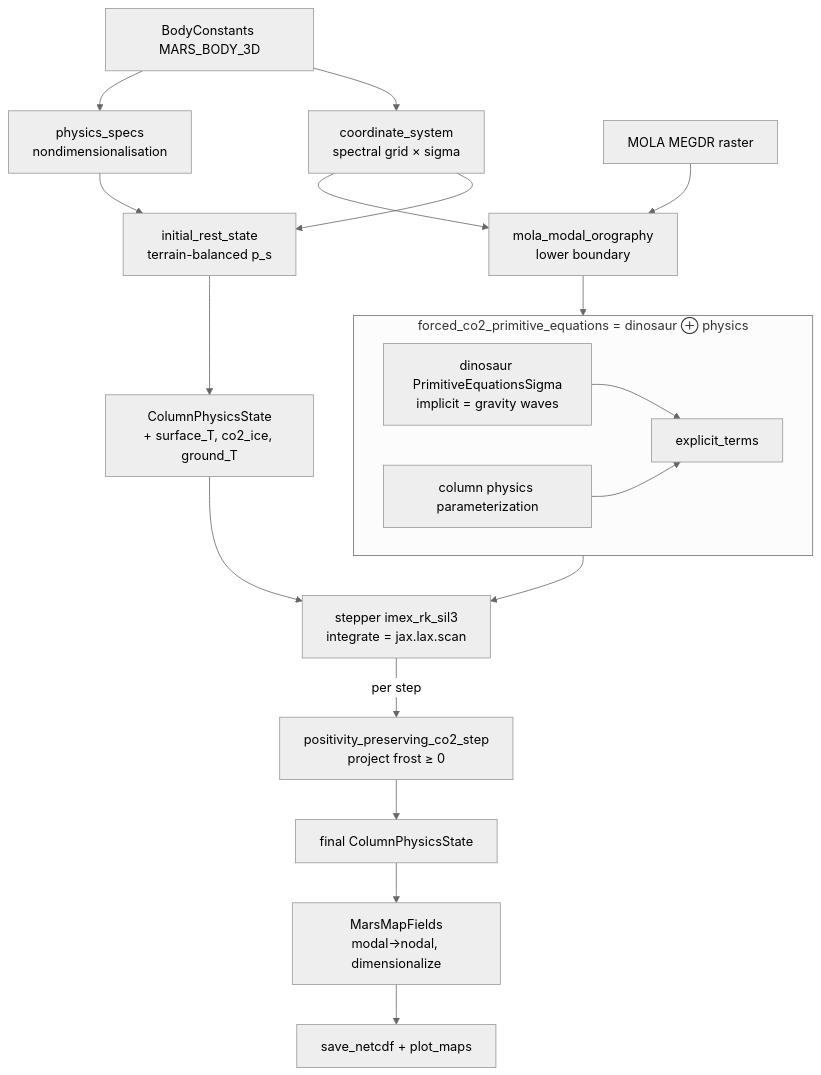
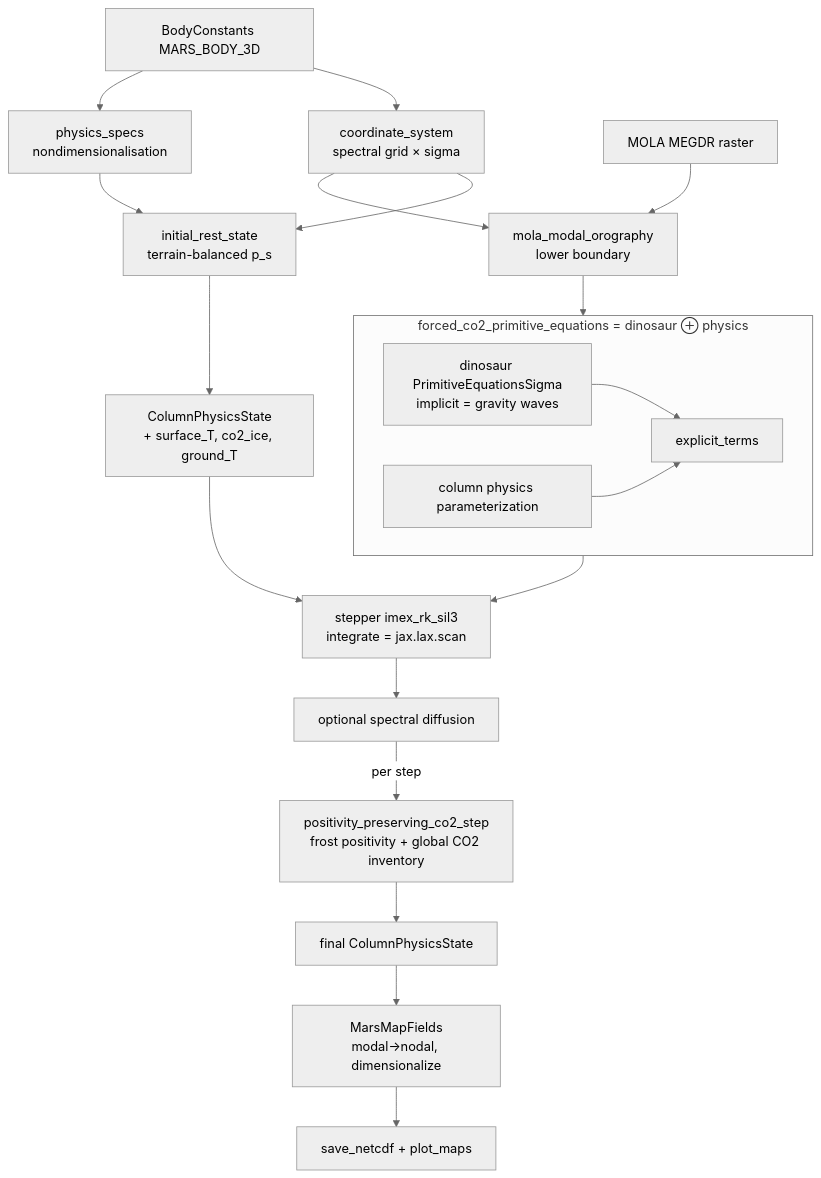
Before and after one commit to BioMedAI-UCSC/terraforming: the diagram in docs/package/gcm3d/architecture.md, drawn with Mermaid (neutral theme). The commit also changed other lines of this file and 44 other files, not shown here.

````diff
--- a/docs/package/gcm3d/architecture.md
+++ b/docs/package/gcm3d/architecture.md
@@ -27,23 +30,24 @@
 ```mermaid
 flowchart TD
     BC[BodyConstants MARS_BODY_3D] --> SPECS[physics_specs<br/>nondimensionalisation]
     BC --> COORD[coordinate_system<br/>spectral grid × sigma]
     MOLA[MOLA MEGDR raster] --> ORO[mola_modal_orography<br/>lower boundary]
     COORD --> ORO
     COORD --> REST[initial_rest_state<br/>terrain-balanced p_s]
     SPECS --> REST
 
     subgraph EQ[forced_co2_primitive_equations = dinosaur ⊕ physics]
       DRY[dinosaur PrimitiveEquationsSigma<br/>implicit = gravity waves] --> EXPL[explicit_terms]
       PHYS[column physics parameterization] --> EXPL
     end
     ORO --> EQ
     REST --> STATE0[ColumnPhysicsState<br/>+ surface_T, co2_ice, ground_T]
 
     STATE0 --> SCAN[stepper imex_rk_sil3<br/>integrate = jax.lax.scan]
     EQ --> SCAN
-    SCAN -->|per step| PROJ[positivity_preserving_co2_step<br/>project frost ≥ 0]
+    SCAN --> FILTER[optional spectral diffusion]
+    FILTER -->|per step| PROJ[positivity_preserving_co2_step<br/>frost positivity + global CO2 inventory]
     PROJ --> FINAL[final ColumnPhysicsState]
     FINAL --> MAPS[MarsMapFields<br/>modal→nodal, dimensionalize]
     MAPS --> OUT[save_netcdf + plot_maps]
 ```
````
